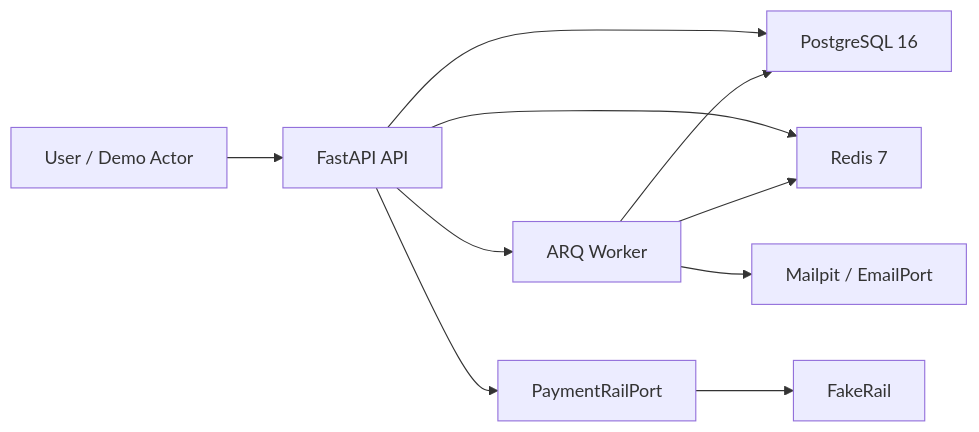
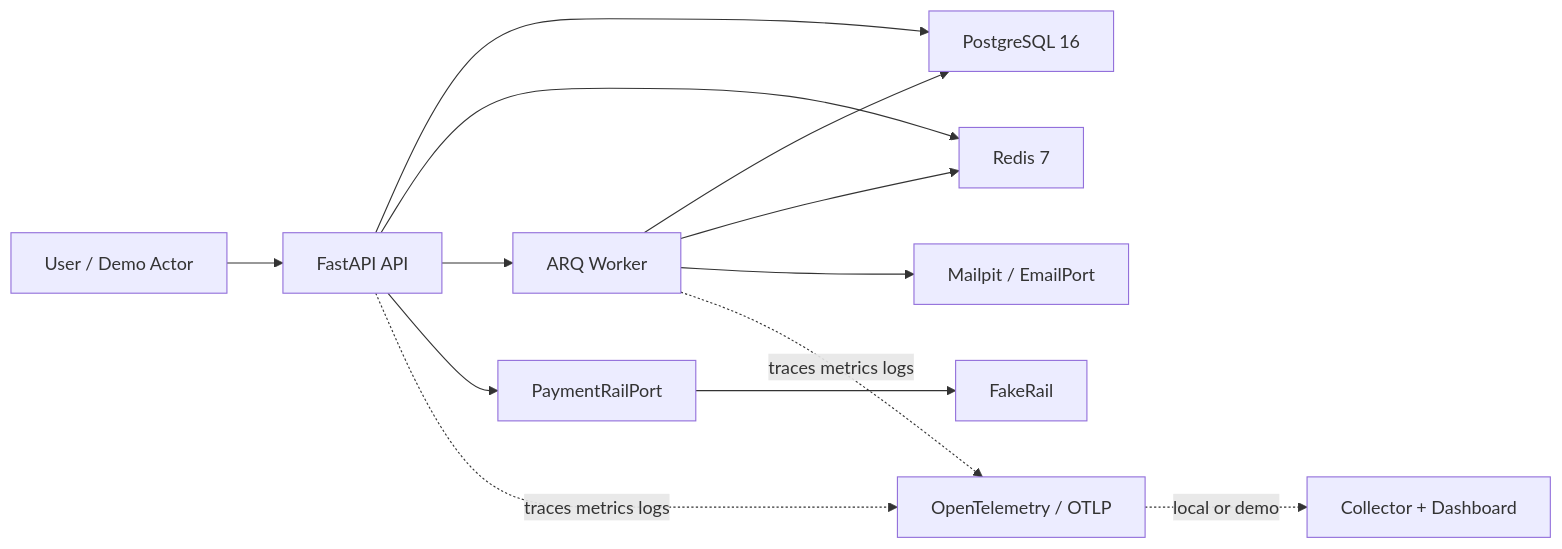
The first of 2 diagrams in docs/architecture.md (isaacoduh/ajo-backend), drawn with Mermaid before and after one commit. The commit also changed other lines of this file and 8 other files, not shown here.

Commit message:
update architecture docs, add identity and auth models

````diff
--- a/docs/architecture.md
+++ b/docs/architecture.md
@@ -8,12 +8,15 @@
 ```mermaid
 flowchart LR
   User["User / Demo Actor"] --> API["FastAPI API"]
   API --> DB["PostgreSQL 16"]
   API --> Redis["Redis 7"]
   API --> Worker["ARQ Worker"]
   Worker --> DB
   Worker --> Redis
   Worker --> Mailpit["Mailpit / EmailPort"]
   API --> Rail["PaymentRailPort"]
   Rail --> Fake["FakeRail"]
+  API -. traces metrics logs .-> OTel["OpenTelemetry / OTLP"]
+  Worker -. traces metrics logs .-> OTel
+  OTel -. local or demo .-> Obs["Collector + Dashboard"]
 ```
````
